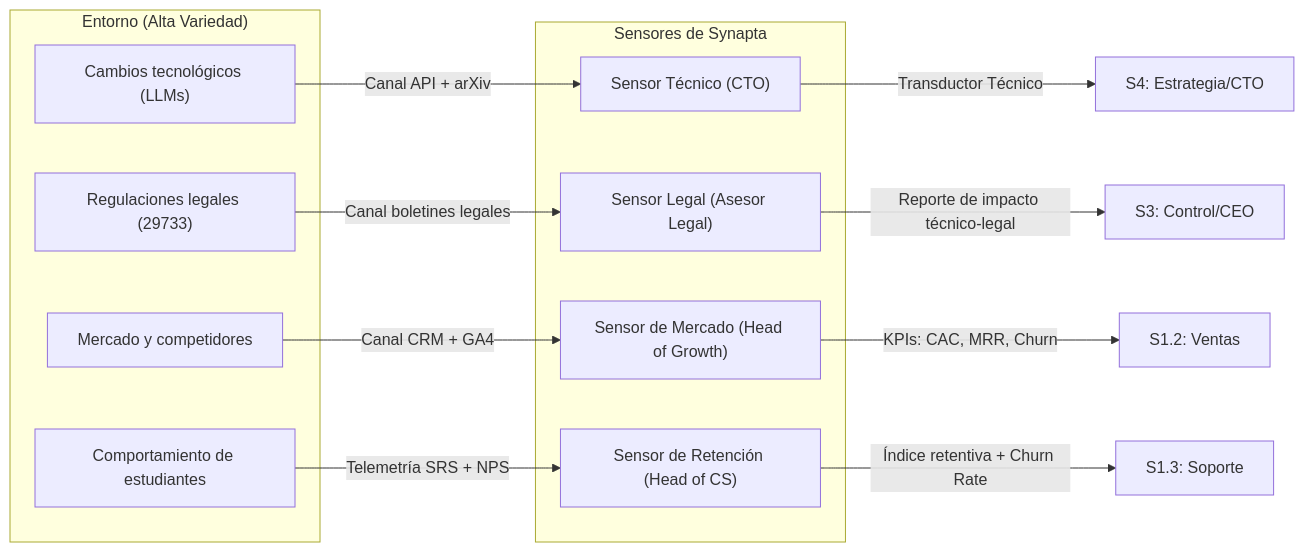
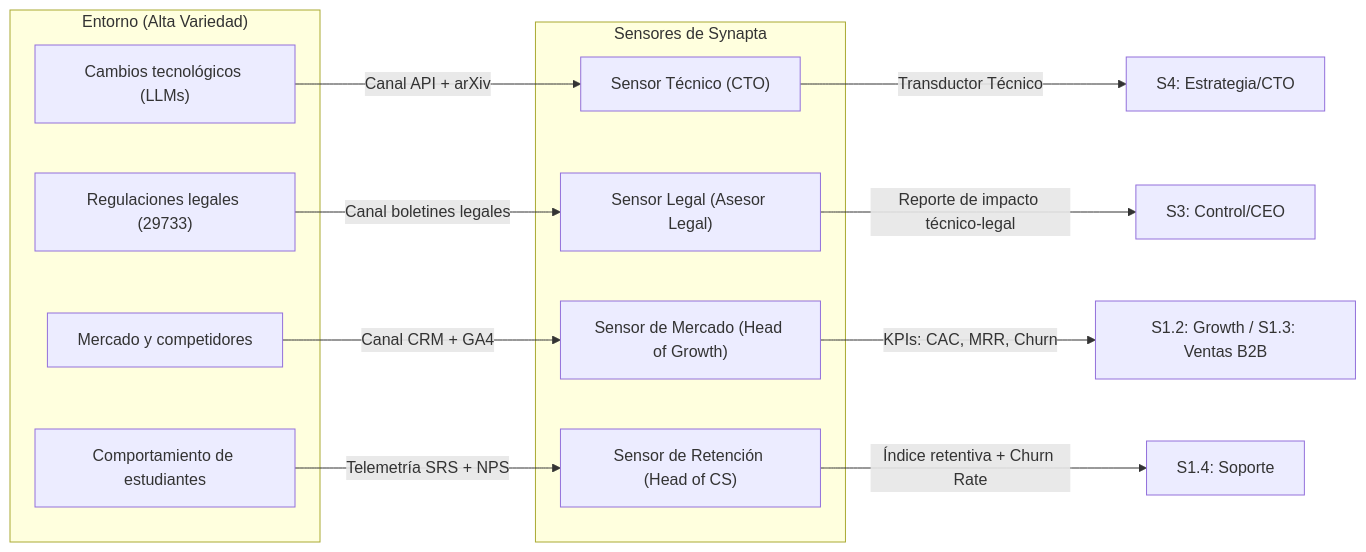
The diagram in diseno_organizacional_synapta/1_identidad_y_proposito.md (GonzaloRojasFIIS/Documentaci-n-YachaqAI), drawn with Mermaid before and after one commit. The commit also changed other lines of this file and 7 other files, not shown here.

````diff
--- a/diseno_organizacional_synapta/1_identidad_y_proposito.md
+++ b/diseno_organizacional_synapta/1_identidad_y_proposito.md
@@ -88,26 +106,26 @@
 ```mermaid
 graph LR
     subgraph "Entorno (Alta Variedad)"
         E1["Cambios tecnológicos (LLMs)"]
         E2["Regulaciones legales (29733)"]
         E3["Mercado y competidores"]
         E4["Comportamiento de estudiantes"]
     end
 
     subgraph "Sensores de Synapta"
         S1["Sensor Técnico (CTO)"]
         S2["Sensor Legal (Asesor Legal)"]
         S3["Sensor de Mercado (Head of Growth)"]
         S4["Sensor de Retención (Head of CS)"]
     end
 
     E1 -->|Canal API + arXiv| S1
     E2 -->|Canal boletines legales| S2
     E3 -->|Canal CRM + GA4| S3
     E4 -->|Telemetría SRS + NPS| S4
 
     S1 -->|Transductor Técnico| Sys4["S4: Estrategia/CTO"]
     S2 -->|Reporte de impacto técnico-legal| Sys3["S3: Control/CEO"]
-    S3 -->|KPIs: CAC, MRR, Churn| Sys12["S1.2: Ventas"]
-    S4 -->|Índice retentiva + Churn Rate| Sys13["S1.3: Soporte"]
+    S3 -->|KPIs: CAC, MRR, Churn| Sys12["S1.2: Growth / S1.3: Ventas B2B"]
+    S4 -->|Índice retentiva + Churn Rate| Sys14["S1.4: Soporte"]
 ```
````
